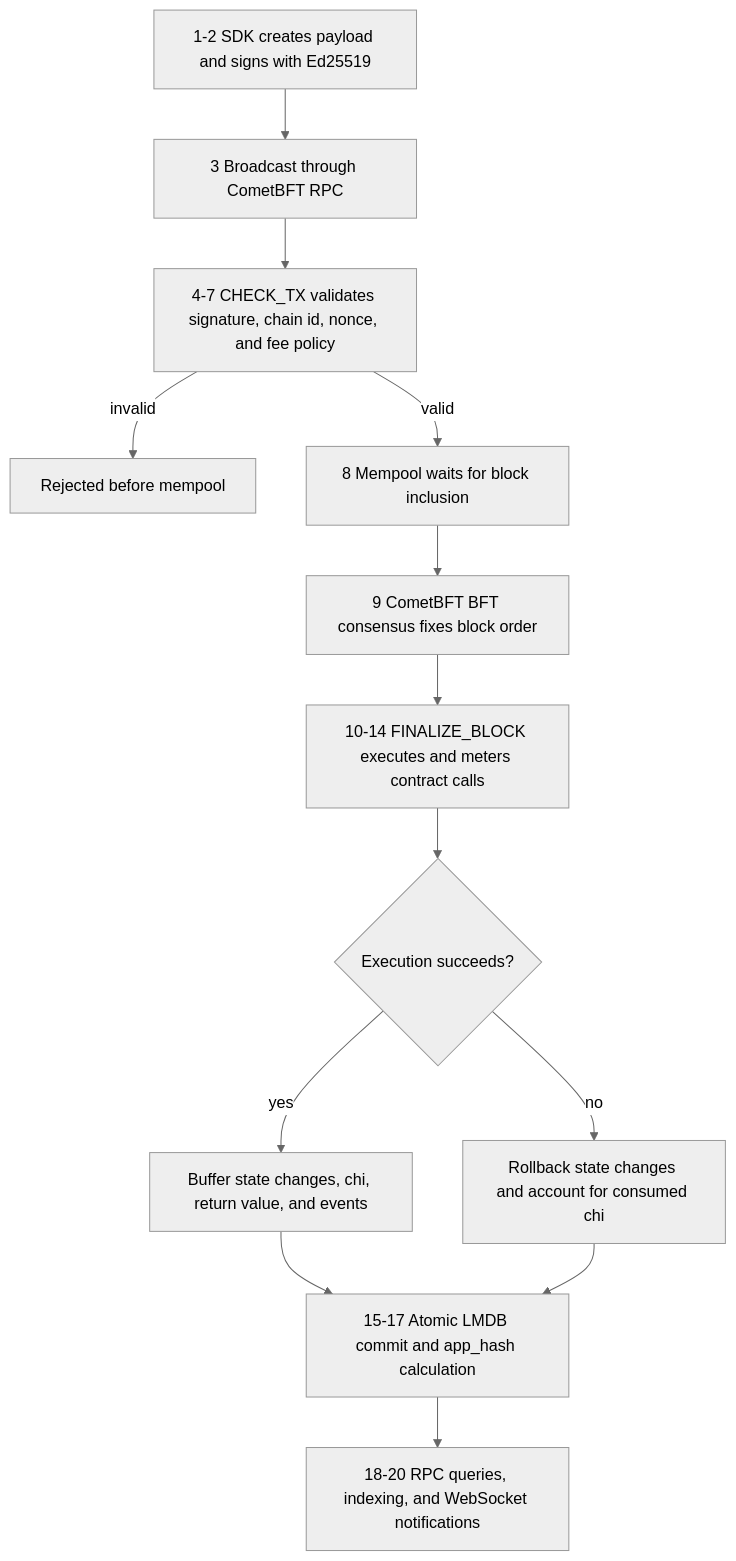
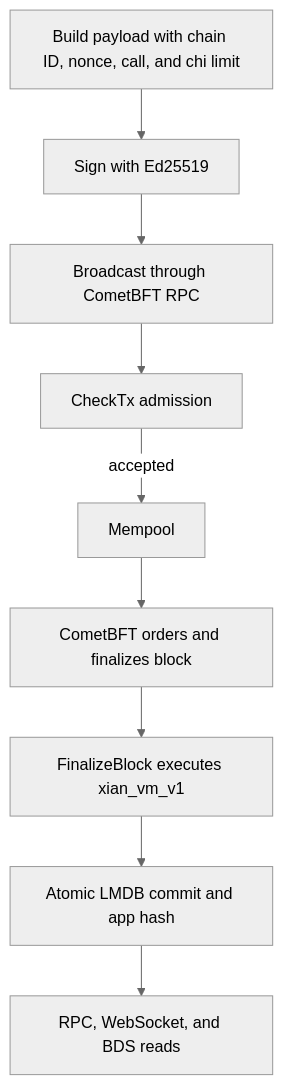
One commit to xian-technology/xian-docs-web changed the diagram in concepts/transaction-lifecycle.md. Above: the diagram before and after it, drawn with Mermaid (neutral theme). The commit also changed other lines of this file and 77 other files, not shown here.

````diff
--- a/concepts/transaction-lifecycle.md
+++ b/concepts/transaction-lifecycle.md
@@ -7,28 +6,15 @@
 ```mermaid
 flowchart TD
-  SDK["1-2 SDK creates payload and signs with Ed25519"]
-  RPC["3 Broadcast through CometBFT RPC"]
-  Check["4-7 CHECK_TX validates signature, chain id, nonce, and fee policy"]
-  Reject["Rejected before mempool"]
-  Mempool["8 Mempool waits for block inclusion"]
-  Consensus["9 CometBFT BFT consensus fixes block order"]
-  Finalize["10-14 FINALIZE_BLOCK executes and meters contract calls"]
-  Outcome{"Execution succeeds?"}
-  Buffer["Buffer state changes, chi, return value, and events"]
-  Rollback["Rollback state changes and account for consumed chi"]
-  Commit["15-17 Atomic LMDB commit and app_hash calculation"]
-  Finalized["18-20 RPC queries, indexing, and WebSocket notifications"]
+  Build["Build payload with chain ID, nonce, call, and chi limit"]
+  Sign["Sign with Ed25519"]
+  Broadcast["Broadcast through CometBFT RPC"]
+  Check["CheckTx admission"]
+  Mempool["Mempool"]
+  Consensus["CometBFT orders and finalizes block"]
+  Execute["FinalizeBlock executes xian_vm_v1"]
+  Commit["Atomic LMDB commit and app hash"]
+  Read["RPC, WebSocket, and BDS reads"]
 
-  SDK --> RPC
-  RPC --> Check
-  Check -->|invalid| Reject
-  Check -->|valid| Mempool
-  Mempool --> Consensus
-  Consensus --> Finalize
-  Finalize --> Outcome
-  Outcome -->|yes| Buffer
-  Outcome -->|no| Rollback
-  Buffer --> Commit
-  Rollback --> Commit
-  Commit --> Finalized
+  Build --> Sign --> Broadcast --> Check
+  Check -->|accepted| Mempool --> Consensus --> Execute --> Commit --> Read
 ```
````
